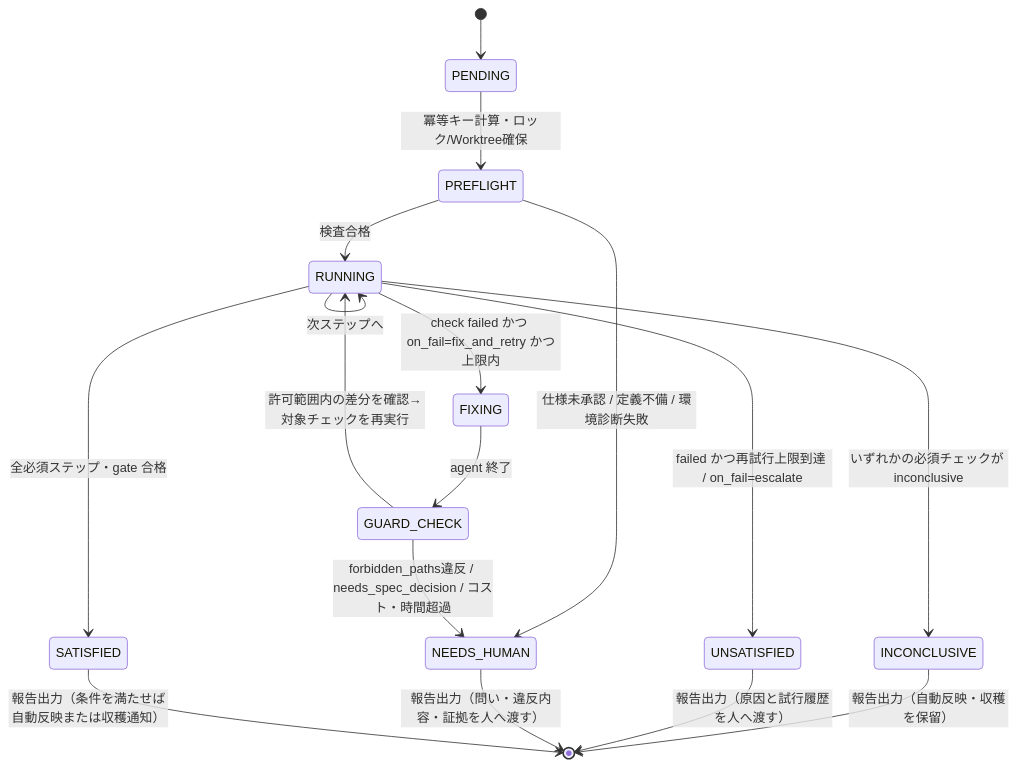
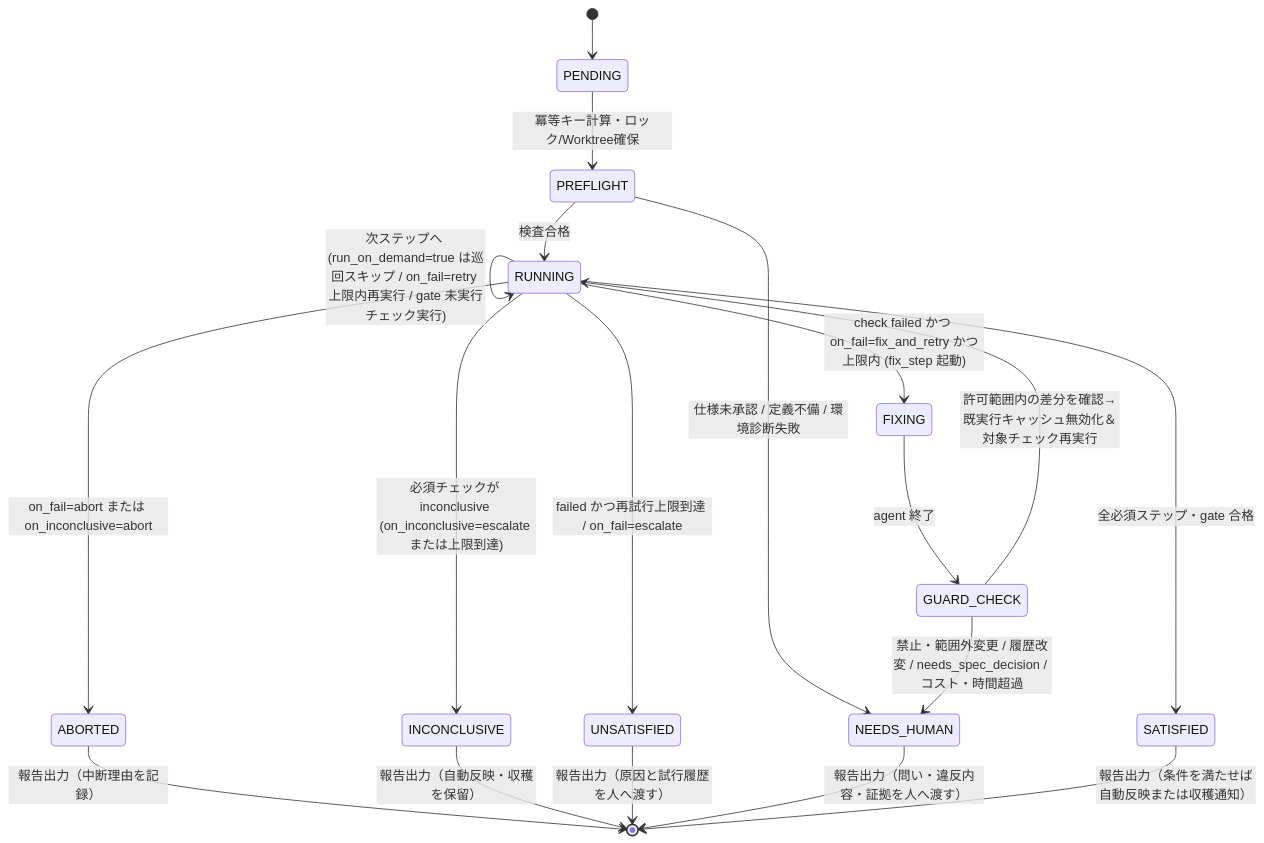
The second of 2 diagrams in docs/implementation/detailed-design.md (s-hiraoku/hiraoku-software-garden), drawn with Mermaid before and after one commit. The commit also changed other lines of this file and 2 other files, not shown here.

````diff
--- a/docs/implementation/detailed-design.md
+++ b/docs/implementation/detailed-design.md
@@ -364,19 +372,21 @@
 ```mermaid
 stateDiagram-v2
     [*] --> PENDING
     PENDING --> PREFLIGHT: 冪等キー計算・ロック/Worktree確保
     PREFLIGHT --> NEEDS_HUMAN: 仕様未承認 / 定義不備 / 環境診断失敗
     PREFLIGHT --> RUNNING: 検査合格
-    RUNNING --> RUNNING: 次ステップへ
-    RUNNING --> FIXING: check failed かつ on_fail=fix_and_retry かつ上限内
+    RUNNING --> RUNNING: 次ステップへ (run_on_demand=true は巡回スキップ / on_fail=retry 上限内再実行 / gate 未実行チェック実行)
+    RUNNING --> FIXING: check failed かつ on_fail=fix_and_retry かつ上限内 (fix_step 起動)
     FIXING --> GUARD_CHECK: agent 終了
-    GUARD_CHECK --> NEEDS_HUMAN: forbidden_paths違反 / needs_spec_decision / コスト・時間超過
-    GUARD_CHECK --> RUNNING: 許可範囲内の差分を確認→対象チェックを再実行
-    RUNNING --> INCONCLUSIVE: いずれかの必須チェックが inconclusive
+    GUARD_CHECK --> NEEDS_HUMAN: 禁止・範囲外変更 / 履歴改変 / needs_spec_decision / コスト・時間超過
+    GUARD_CHECK --> RUNNING: 許可範囲内の差分を確認→既実行キャッシュ無効化＆対象チェック再実行
+    RUNNING --> ABORTED: on_fail=abort または on_inconclusive=abort
+    RUNNING --> INCONCLUSIVE: 必須チェックが inconclusive (on_inconclusive=escalate または上限到達)
     RUNNING --> UNSATISFIED: failed かつ再試行上限到達 / on_fail=escalate
     RUNNING --> SATISFIED: 全必須ステップ・gate 合格
+    ABORTED --> [*]: 報告出力（中断理由を記録）
     INCONCLUSIVE --> [*]: 報告出力（自動反映・収穫を保留）
     UNSATISFIED --> [*]: 報告出力（原因と試行履歴を人へ渡す）
     NEEDS_HUMAN --> [*]: 報告出力（問い・違反内容・証拠を人へ渡す）
     SATISFIED --> [*]: 報告出力（条件を満たせば自動反映または収穫通知）
 ```
````
